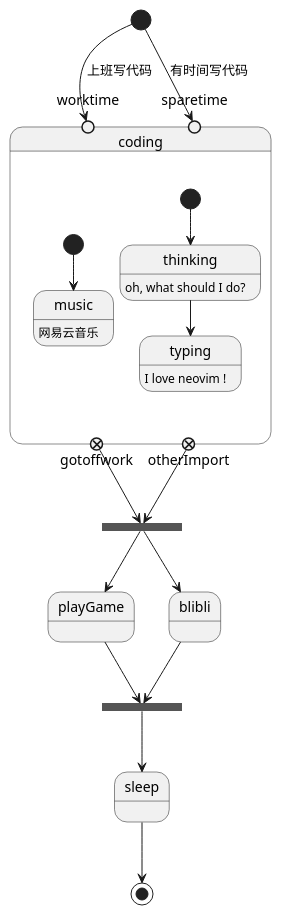
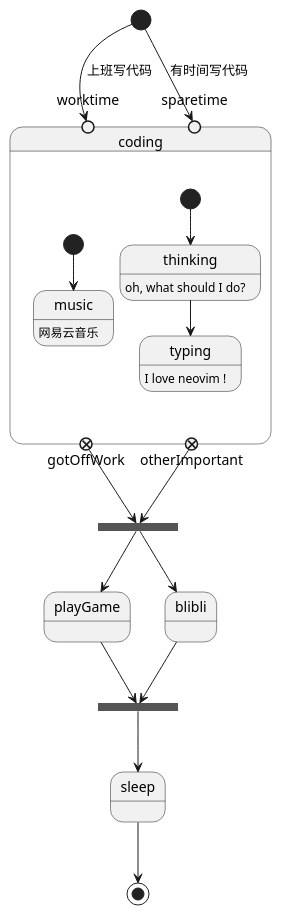
One commit to zerlei/me changed the diagram in docs/tech/OOAna&Design_ca/5-UML/8.状态机图.md. Above: the diagram before and after it, drawn with PlantUML. The commit also changed other lines of this file and 16 other files, not shown here.

````diff
--- a/docs/tech/OOAna&Design_ca/5-UML/8.状态机图.md
+++ b/docs/tech/OOAna&Design_ca/5-UML/8.状态机图.md
@@ -27,39 +27,39 @@
 ```plantuml
 
 
 state coding {
     state worktime <<entryPoint>>
     state sparetime <<entryPoint>>
-    state gotoffwork <<exitPoint>>
-    state otherImport <<exitPoint>>
+    state gotOffWork <<exitPoint>>
+    state otherImportant <<exitPoint>>
     ||
     [*] --> thinking 
     thinking --> typing
 
     thinking :oh, what should I do?
     typing : I love neovim !
     ||
     [*] --> music
     music : 网易云音乐
 
 }
 
 [*] --> worktime :上班写代码
 [*] --> sparetime : 有时间写代码
 
 state amusement <<fork>>
 
-gotoffwork --> amusement
-otherImport --> amusement
+gotOffWork --> amusement
+otherImportant --> amusement
 
 amusement --> playGame
 amusement --> blibli
 
 state joinstate <<join>>
 playGame --> joinstate
 blibli -->joinstate
 
 joinstate --> sleep
 
 sleep --> [*]
 ```
````
